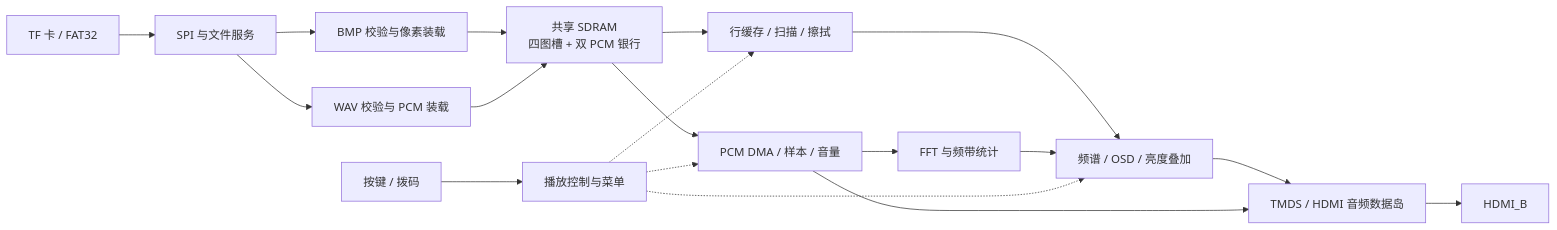
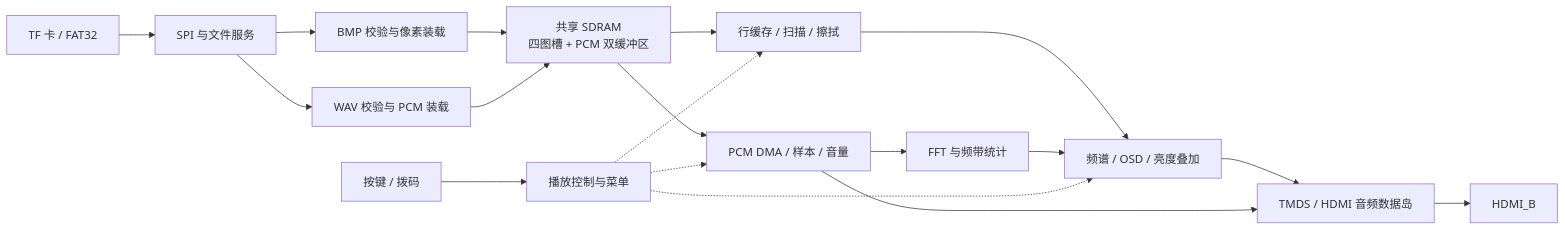
One commit to zhwang0127/fpga-hdmi-multimedia-player changed the diagram in README.md. Above: the diagram before and after it, drawn with Mermaid. The commit also changed 1 other file, not shown here.

Commit message:
docs: correct PCM buffer terminology

````diff
--- a/README.md
+++ b/README.md
@@ -28,20 +28,20 @@
 ```mermaid
 flowchart LR
     TF["TF 卡 / FAT32"] --> FS["SPI 与文件服务"]
     FS --> BMP["BMP 校验与像素装载"]
     FS --> WAV["WAV 校验与 PCM 装载"]
-    BMP --> MEM["共享 SDRAM\n四图槽 + 双 PCM 银行"]
+    BMP --> MEM["共享 SDRAM\n四图槽 + PCM 双缓冲区"]
     WAV --> MEM
     MEM --> V["行缓存 / 扫描 / 擦拭"]
     MEM --> A["PCM DMA / 样本 / 音量"]
     A --> FFT["FFT 与频带统计"]
     V --> OSD["频谱 / OSD / 亮度叠加"]
     FFT --> OSD
     OSD --> H["TMDS / HDMI 音频数据岛"]
     A --> H
     H --> OUT["HDMI_B"]
     K["按键 / 拨码"] --> C["播放控制与菜单"]
     C -.-> V
     C -.-> A
     C -.-> OSD
 ```
````
